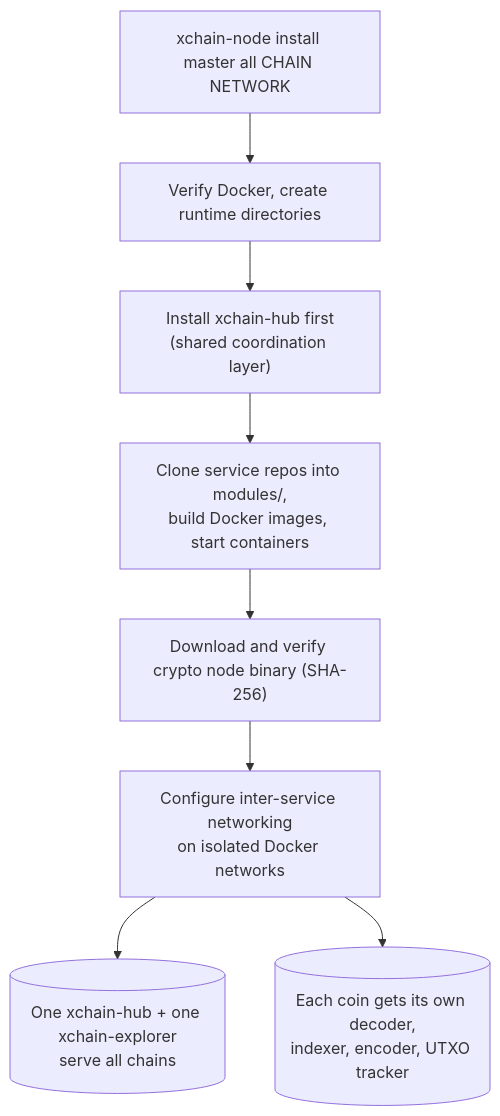
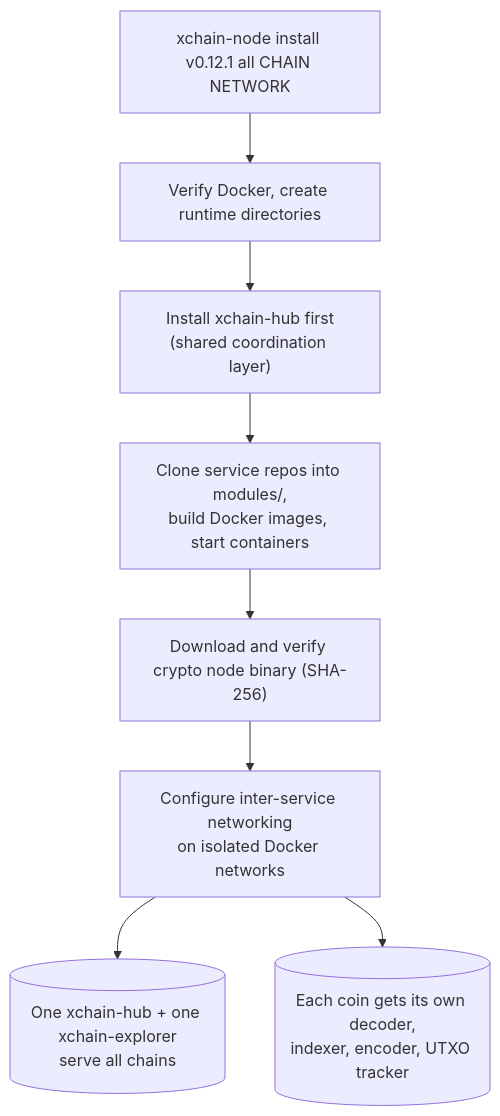
The diagram in getting-started/quickstart-node-operator.md (XChain-Platform/xchain-documentation), drawn with Mermaid before and after one commit. The commit also changed other lines of this file and 4 other files, not shown here.

````diff
--- a/getting-started/quickstart-node-operator.md
+++ b/getting-started/quickstart-node-operator.md
@@ -115,10 +115,10 @@
 ```mermaid
 flowchart TD
-    A["xchain-node install master all CHAIN NETWORK"] --> B["Verify Docker, create runtime directories"]
+    A["xchain-node install v0.12.1 all CHAIN NETWORK"] --> B["Verify Docker, create runtime directories"]
     B --> C["Install xchain-hub first<br>(shared coordination layer)"]
     C --> D["Clone service repos into modules/,<br>build Docker images, start containers"]
     D --> E["Download and verify crypto node binary (SHA-256)"]
     E --> F["Configure inter-service networking<br>on isolated Docker networks"]
     F --> G[("One xchain-hub + one xchain-explorer<br>serve all chains")]
     F --> H[("Each coin gets its own decoder,<br>indexer, encoder, UTXO tracker")]
 ```
````
